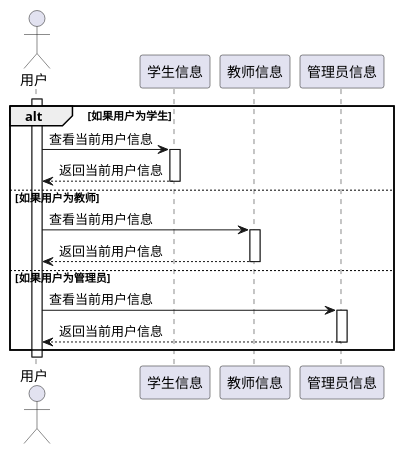
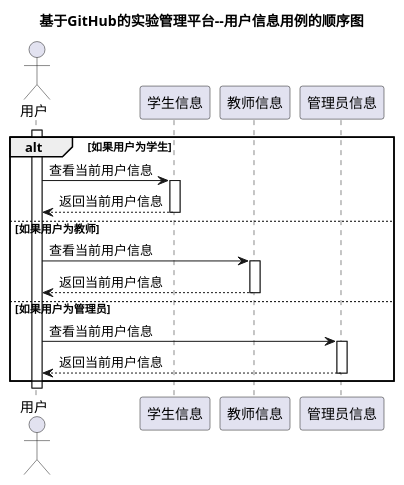
One commit to YYttaa/is_analysis-2 changed the diagram in test6/puml/UserInfo.puml. Above: the diagram before and after it, drawn with PlantUML. The commit also changed 33 other files, not shown here.

```diff
--- a/test6/puml/UserInfo.puml
+++ b/test6/puml/UserInfo.puml
@@ -1,21 +1,22 @@
 @startuml
+title 基于GitHub的实验管理平台--用户信息用例的顺序图
 actor 用户
 activate 用户
 alt 如果用户为学生
     用户->学生信息:查看当前用户信息
     activate 学生信息
     学生信息-->用户:返回当前用户信息
     deactivate 学生信息
 else 如果用户为教师
     用户->教师信息:查看当前用户信息
     activate 教师信息
     教师信息-->用户:返回当前用户信息
     deactivate 教师信息
 else 如果用户为管理员
     用户->管理员信息:查看当前用户信息
     activate 管理员信息
     管理员信息-->用户:返回当前用户信息
     deactivate 管理员信息
 end
 deactivate 用户
 @enduml
```
